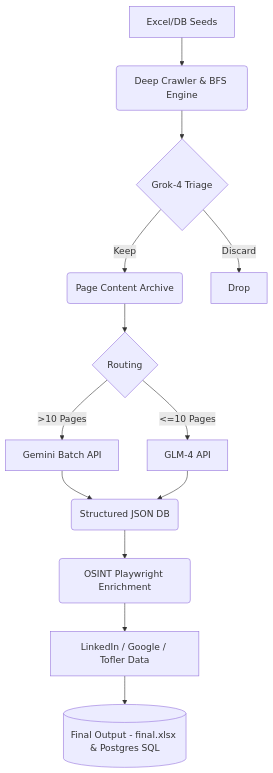
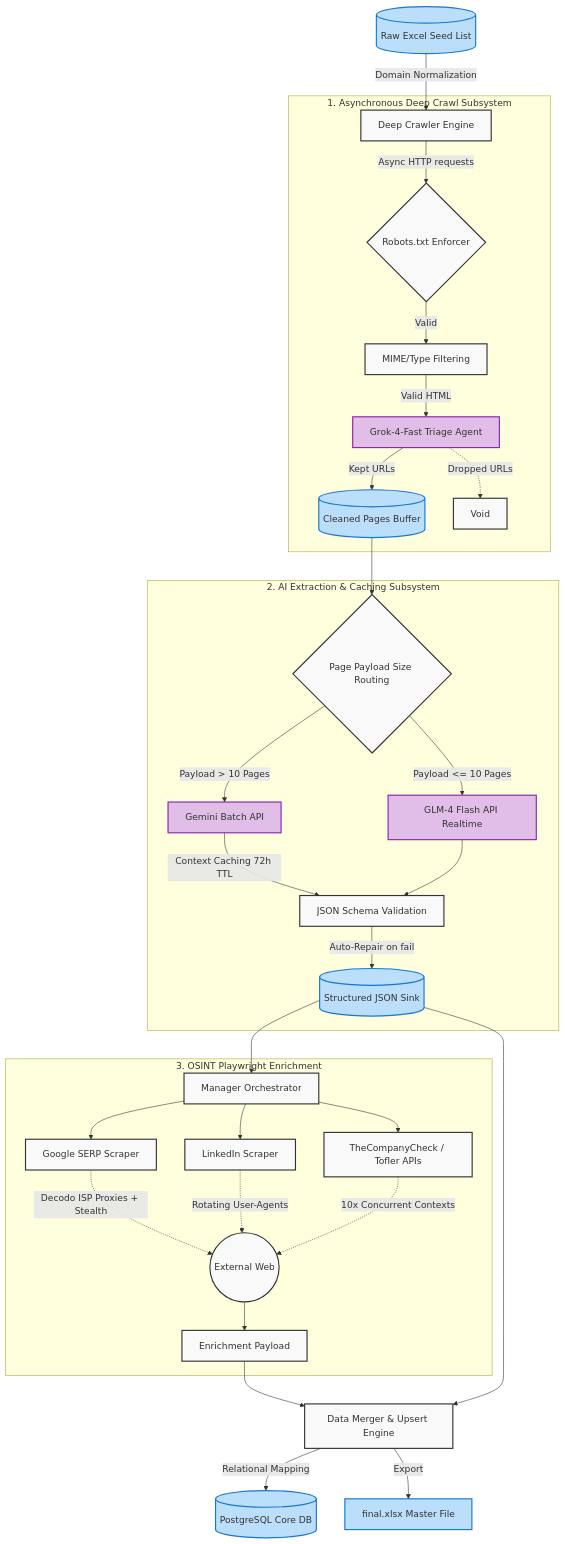
One commit to 7AI7/DeepMine changed the diagram in README.md. Above: the diagram before and after it, drawn with Mermaid. The commit also changed other lines of this file, not shown here.

Commit message:
Update README with advanced architecture and badges

````diff
--- a/README.md
+++ b/README.md
@@ -25,18 +35,52 @@
 ```mermaid
 graph TD
-    A[Excel/DB Seeds] --> B(Deep Crawler & BFS Engine)
-    B --> C{Grok-4 Triage}
-    C -->|Keep| E(Page Content Archive)
-    C -->|Discard| F[Drop]
+    %% Core Inputs
+    A[(Raw Excel Seed List)] -->|Domain Normalization| B[Deep Crawler Engine]
     
-    E --> G{Routing}
-    G -->|>10 Pages| H[Gemini Batch API]
-    G -->|<=10 Pages| I[GLM-4 API]
+    %% Crawler Subsystem
+    subgraph Crawler [1. Asynchronous Deep Crawl Subsystem]
+        B -->|Async HTTP requests| C{Robots.txt Enforcer}
+        C -->|Valid| D[MIME/Type Filtering]
+        D -->|Valid HTML| E[Grok-4-Fast Triage Agent]
+        E -->|Kept URLs| F[(Cleaned Pages Buffer)]
+        E -.->|Dropped URLs| Void[Void]
+    end
+
+    %% Extraction Subsystem
+    subgraph Extraction [2. AI Extraction & Caching Subsystem]
+        F --> G{Page Payload Size Routing}
+        G -->|Payload > 10 Pages| H[Gemini Batch API]
+        G -->|Payload <= 10 Pages| I[GLM-4 Flash API Realtime]
+        
+        H -->|Context Caching 72h TTL| J[JSON Schema Validation]
+        I --> J
+        J -->|Auto-Repair on fail| K[(Structured JSON Sink)]
+    end
+
+    %% Enrichment Subsystem
+    subgraph Enrichment [3. OSINT Playwright Enrichment]
+        K --> L[Manager Orchestrator]
+        L --> M[Google SERP Scraper]
+        L --> N[LinkedIn Scraper]
+        L --> O[TheCompanyCheck / Tofler APIs]
+        
+        %% Stealth features
+        M -.->|Decodo ISP Proxies + Stealth| Web((External Web))
+        N -.->|Rotating User-Agents| Web
+        O -.->|10x Concurrent Contexts| Web
+        Web --> P[Enrichment Payload]
+    end
+
+    %% Output
+    P --> Q[Data Merger & Upsert Engine]
+    K --> Q
+    Q -->|Relational Mapping| R[(PostgreSQL Core DB)]
+    Q -->|Export| S[final.xlsx Master File]
+
+    classDef default fill:#f9f9f9,stroke:#333,stroke-width:2px;
+    classDef ai fill:#e1bee7,stroke:#8e24aa,stroke-width:2px;
+    classDef db fill:#bbdefb,stroke:#1976d2,stroke-width:2px;
     
-    H --> J(Structured JSON DB)
-    I --> J
-    
-    J --> K(OSINT Playwright Enrichment)
-    K --> L[LinkedIn / Google / Tofler Data]
-    L --> M[(Final Output - final.xlsx & Postgres SQL)]
+    class E,H,I ai;
+    class A,F,K,R,S db;
 ```
````
